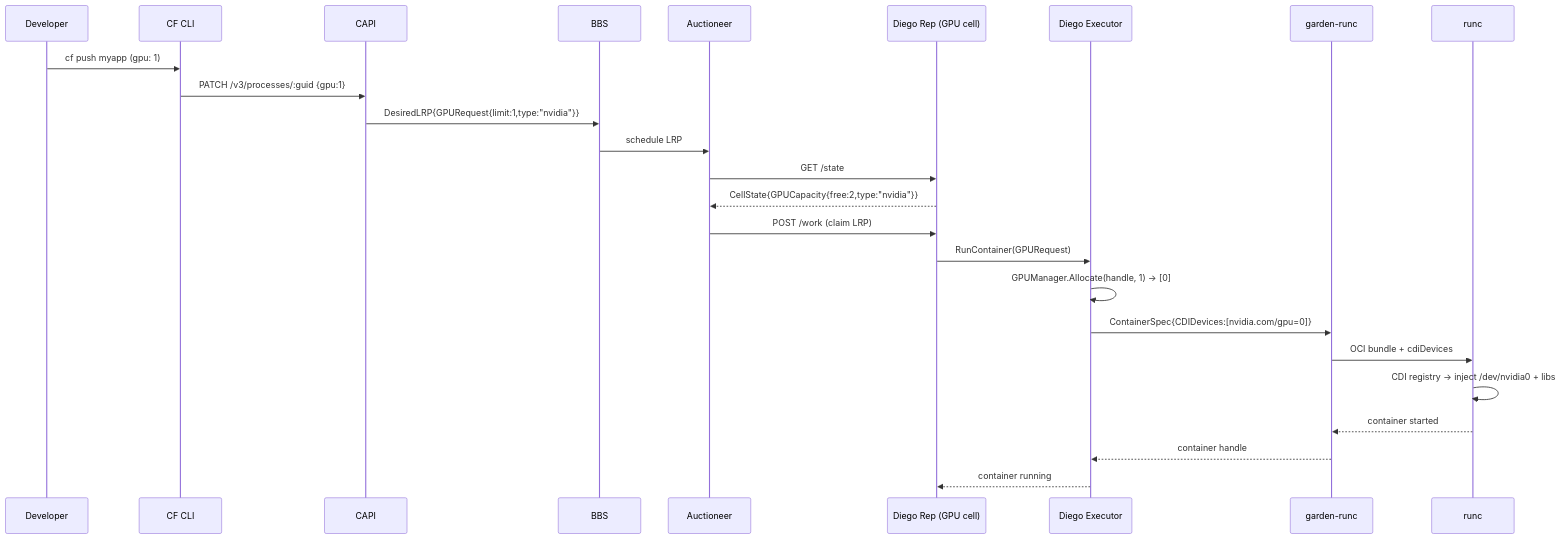
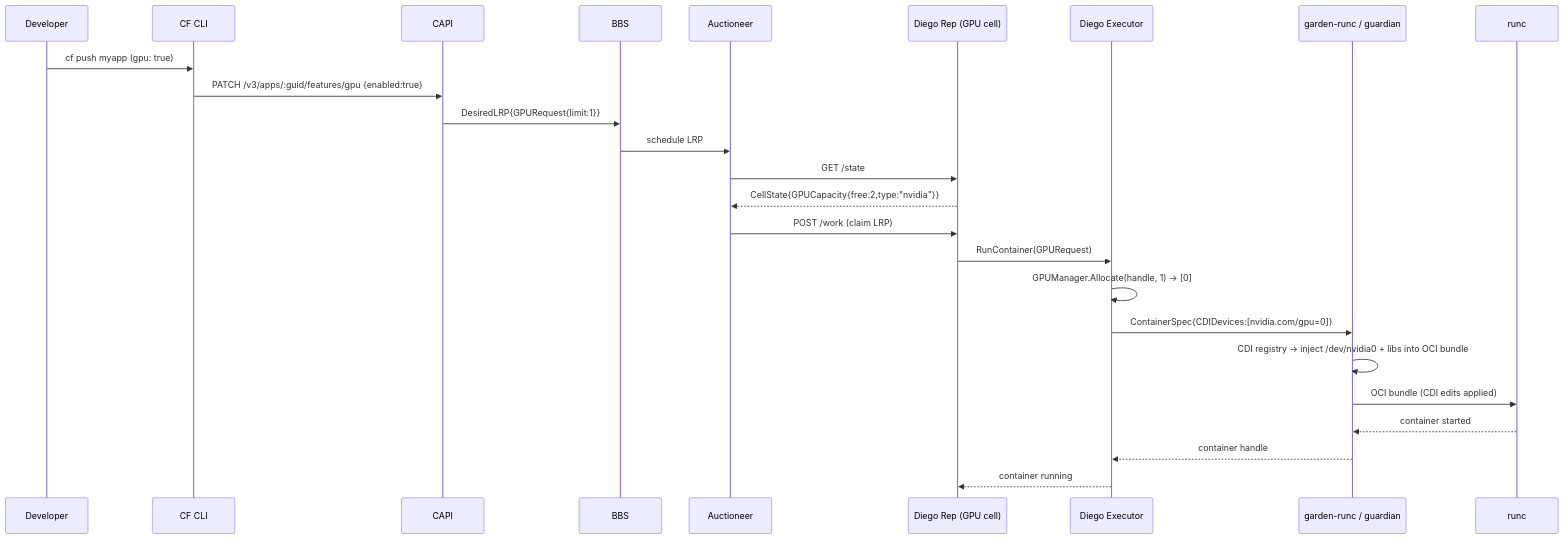
The diagram in docs/architecture.md (johha/cf-gpuccino), drawn with Mermaid before and after one commit. The commit also changed other lines of this file and 5 other files, not shown here.

````diff
--- a/docs/architecture.md
+++ b/docs/architecture.md
@@ -79,28 +89,28 @@
 ```mermaid
 sequenceDiagram
     participant Dev as Developer
     participant CLI as CF CLI
     participant CAPI
     participant BBS
     participant Auction as Auctioneer
     participant Rep as Diego Rep (GPU cell)
     participant Exec as Diego Executor
-    participant Garden as garden-runc
+    participant Garden as garden-runc / guardian
     participant Runc as runc
 
-    Dev->>CLI: cf push myapp (gpu: 1)
-    CLI->>CAPI: PATCH /v3/processes/:guid {gpu:1}
-    CAPI->>BBS: DesiredLRP{GPURequest{limit:1,type:"nvidia"}}
+    Dev->>CLI: cf push myapp (gpu: true)
+    CLI->>CAPI: PATCH /v3/apps/:guid/features/gpu {enabled:true}
+    CAPI->>BBS: DesiredLRP{GPURequest{limit:1}}
     BBS->>Auction: schedule LRP
     Auction->>Rep: GET /state
     Rep-->>Auction: CellState{GPUCapacity{free:2,type:"nvidia"}}
     Auction->>Rep: POST /work (claim LRP)
     Rep->>Exec: RunContainer(GPURequest)
     Exec->>Exec: GPUManager.Allocate(handle, 1) → [0]
     Exec->>Garden: ContainerSpec{CDIDevices:[nvidia.com/gpu=0]}
-    Garden->>Runc: OCI bundle + cdiDevices
-    Runc->>Runc: CDI registry → inject /dev/nvidia0 + libs
+    Garden->>Garden: CDI registry → inject /dev/nvidia0 + libs into OCI bundle
+    Garden->>Runc: OCI bundle (CDI edits applied)
     Runc-->>Garden: container started
     Garden-->>Exec: container handle
     Exec-->>Rep: container running
 ```
````
